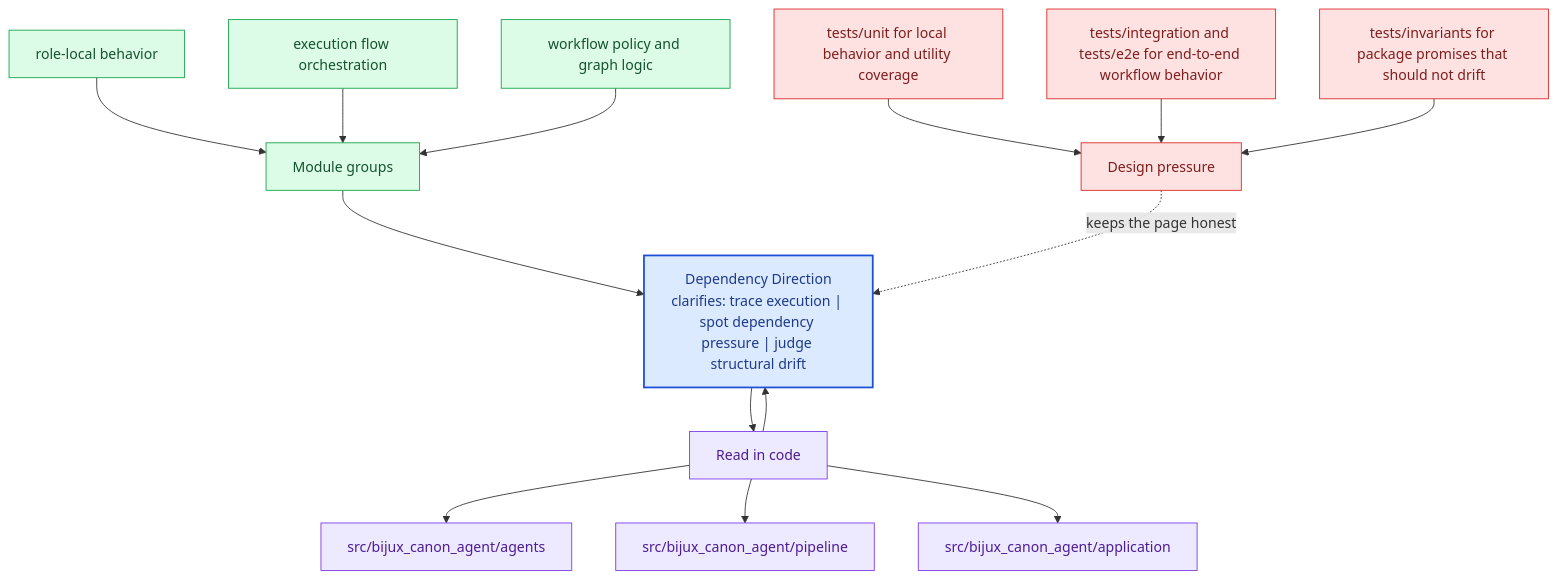
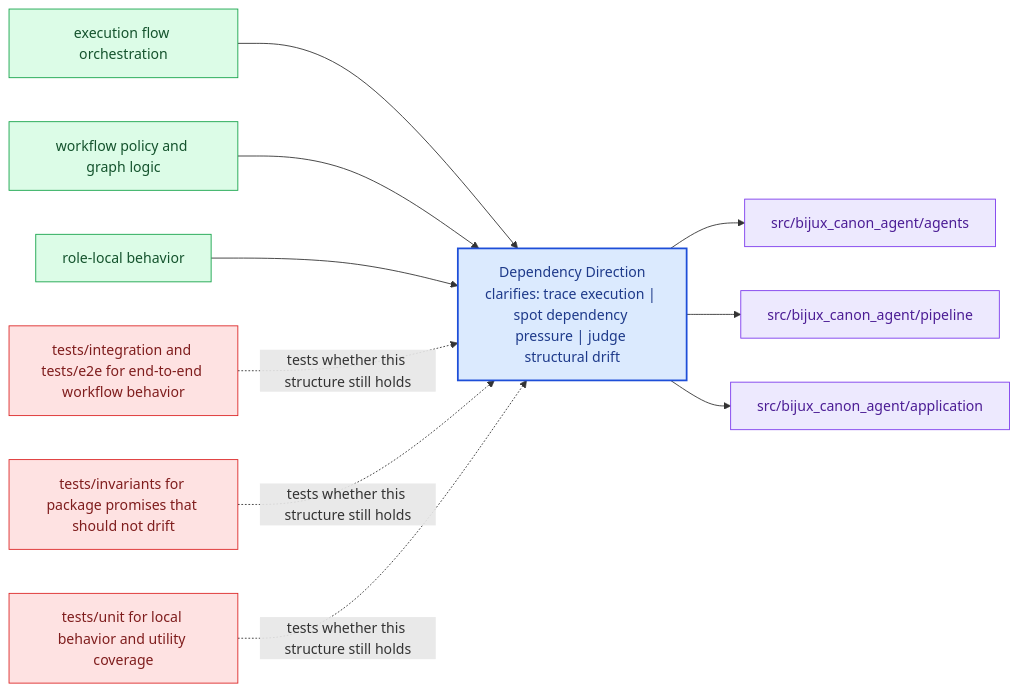
The diagram in docs/bijux-canon-agent/architecture/dependency-direction.md (bijux/bijux-canon), drawn with Mermaid before and after one commit. The commit also changed other lines of this file and 281 other files, not shown here.

Commit message:
docs(diagrams): replace repeated mermaid scaffolds with page-specific summaries

````diff
--- a/docs/bijux-canon-agent/architecture/dependency-direction.md
+++ b/docs/bijux-canon-agent/architecture/dependency-direction.md
@@ -68,40 +23,31 @@
 ```mermaid
-flowchart TB
-    promise["Dependency Direction<br/>clarifies: trace execution | spot dependency pressure | judge structural drift"]
-    classDef promise fill:#dbeafe,stroke:#1d4ed8,color:#1e3a8a,stroke-width:2px;
-    classDef driver fill:#dcfce7,stroke:#16a34a,color:#14532d;
-    classDef constraint fill:#fee2e2,stroke:#dc2626,color:#7f1d1d;
-    classDef ground fill:#ede9fe,stroke:#7c3aed,color:#4c1d95;
-    focus1["Module groups"]
-    focus1 --> promise
-    focus1_1["role-local behavior"]
-    focus1_1 --> focus1
-    focus1_2["execution flow orchestration"]
-    focus1_2 --> focus1
-    focus1_3["workflow policy and graph logic"]
-    focus1_3 --> focus1
-    class focus1 driver;
-    class focus1_1,focus1_2,focus1_3 driver;
-    focus2["Read in code"]
-    focus2 --> promise
-    promise --> focus2
-    focus2_1["src/bijux_canon_agent/agents"]
-    focus2 --> focus2_1
-    focus2_2["src/bijux_canon_agent/pipeline"]
-    focus2 --> focus2_2
-    focus2_3["src/bijux_canon_agent/application"]
-    focus2 --> focus2_3
-    class focus2 ground;
-    class focus2_1,focus2_2,focus2_3 ground;
-    focus3["Design pressure"]
-    focus3 -.keeps the page honest.-> promise
-    focus3_1["tests/unit for local behavior and utility coverage"]
-    focus3_1 --> focus3
-    focus3_2["tests/integration and tests/e2e for end-to-end workflow behavior"]
-    focus3_2 --> focus3
-    focus3_3["tests/invariants for package promises that should not drift"]
-    focus3_3 --> focus3
-    class focus3 constraint;
-    class focus3_1,focus3_2,focus3_3 constraint;
-    class promise promise;
+flowchart LR
+    page["Dependency Direction<br/>clarifies: trace execution | spot dependency pressure | judge structural drift"]
+    classDef page fill:#dbeafe,stroke:#1d4ed8,color:#1e3a8a,stroke-width:2px;
+    classDef positive fill:#dcfce7,stroke:#16a34a,color:#14532d;
+    classDef caution fill:#fee2e2,stroke:#dc2626,color:#7f1d1d;
+    classDef anchor fill:#ede9fe,stroke:#7c3aed,color:#4c1d95;
+    classDef action fill:#fef3c7,stroke:#d97706,color:#7c2d12;
+    module1["execution flow orchestration"]
+    module1 --> page
+    module2["workflow policy and graph logic"]
+    module2 --> page
+    module3["role-local behavior"]
+    module3 --> page
+    code1["src/bijux_canon_agent/agents"]
+    page --> code1
+    code2["src/bijux_canon_agent/pipeline"]
+    page --> code2
+    code3["src/bijux_canon_agent/application"]
+    page --> code3
+    pressure1["tests/integration and tests/e2e for end-to-end workflow behavior"]
+    pressure1 -.tests whether this structure still holds.-> page
+    pressure2["tests/invariants for package promises that should not drift"]
+    pressure2 -.tests whether this structure still holds.-> page
+    pressure3["tests/unit for local behavior and utility coverage"]
+    pressure3 -.tests whether this structure still holds.-> page
+    class page page;
+    class module1,module2,module3 positive;
+    class code1,code2,code3 anchor;
+    class pressure1,pressure2,pressure3 caution;
 ```
````
